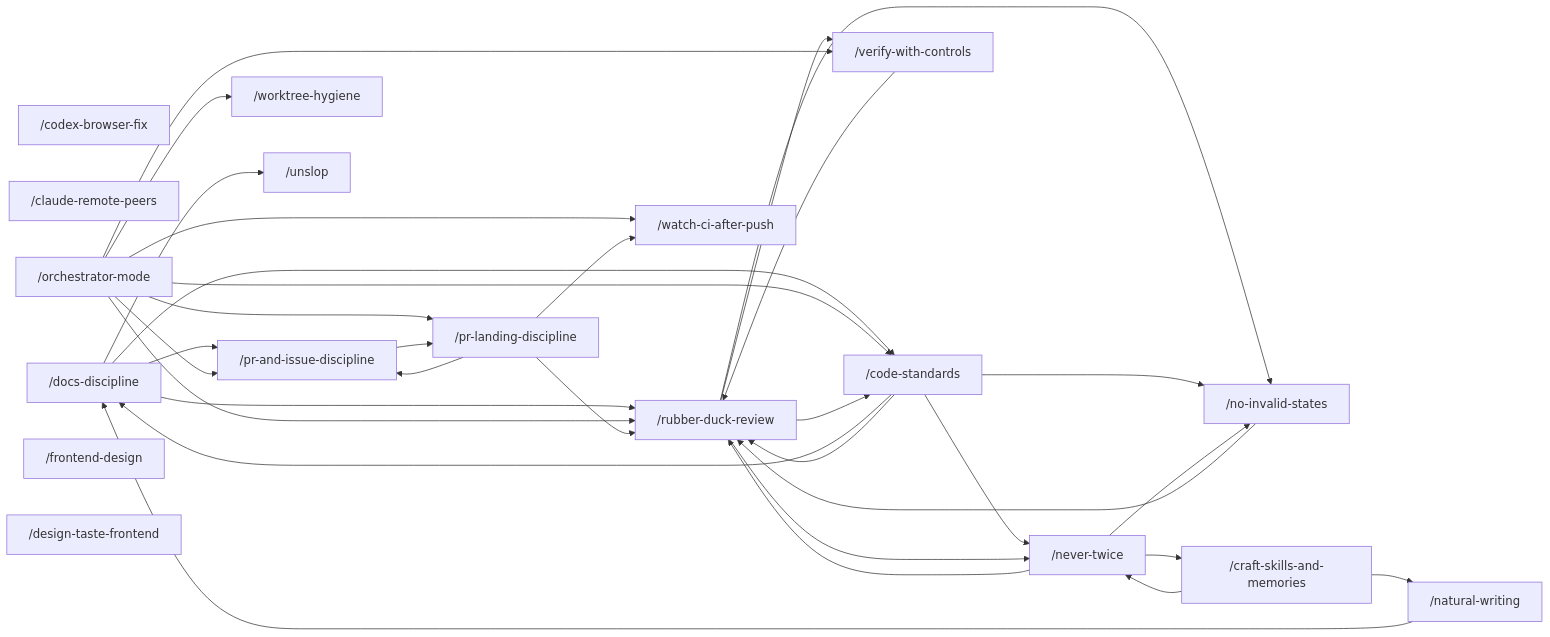
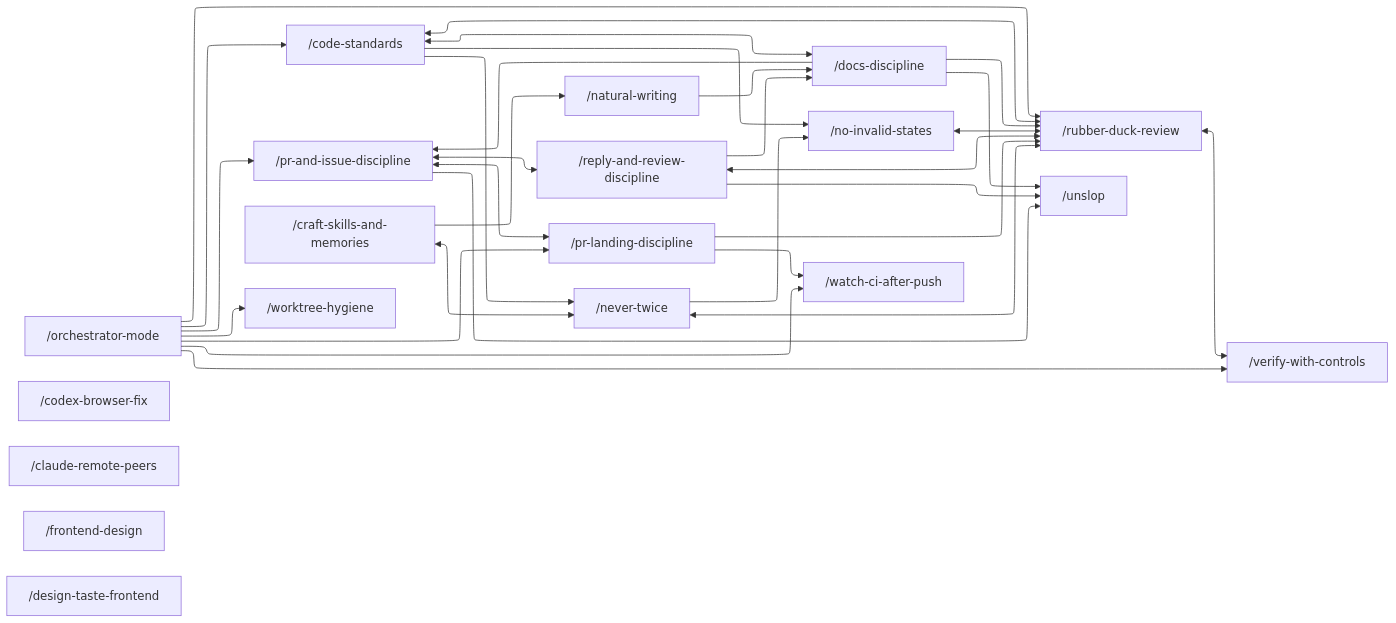
Before and after one commit to Vivswan/skills: the diagram in README.md, drawn with Mermaid. The commit also changed other lines of this file and 20 other files, not shown here.

Commit message:
fix(skills): split replies and reviews on someone else's thread into reply-and-review-discipline (#177)

````diff
--- a/README.md
+++ b/README.md
@@ -48,39 +49,79 @@
 ```mermaid
+---
+config:
+  layout: elk
+  elk:
+    nodePlacementStrategy: NETWORK_SIMPLEX
+---
 graph LR
+  dd["/docs-discipline"]
+  cs["/code-standards"]
+  nw["/natural-writing"]
+  om["/orchestrator-mode"]
+  pid["/pr-and-issue-discipline"]
+  rrd["/reply-and-review-discipline"]
+  rdr["/rubber-duck-review"]
+  pld["/pr-landing-discipline"]
+  nis["/no-invalid-states"]
+  nt["/never-twice"]
+  vwc["/verify-with-controls"]
+  csm["/craft-skills-and-memories"]
+  wca["/watch-ci-after-push"]
+  wh["/worktree-hygiene"]
+  us["/unslop"]
   cbf["/codex-browser-fix"]
   crp["/claude-remote-peers"]
-  dd["/docs-discipline"] --> rdr
+  fd["/frontend-design"]
+  dtf["/design-taste-frontend"]
+
+  cs <--> dd
+  cs <--> rdr
+  csm <--> nt
+  nis <--> rdr
+  nt <--> rdr
+  pid <--> pld
+  pid <--> rrd
+  rdr <--> rrd
+  rdr <--> vwc
+
+  dd --> rdr
   dd --> pid
-  dd --> cs
-  cs --> dd
   nw --> dd
-  om["/orchestrator-mode"] --> rdr["/rubber-duck-review"]
-  om --> wca["/watch-ci-after-push"]
-  om --> cs["/code-standards"]
-  om --> pid["/pr-and-issue-discipline"]
-  om --> pld["/pr-landing-discipline"]
-  om --> wh["/worktree-hygiene"]
-  pid --> pld
-  pld --> pid
+  om --> rdr
+  om --> wca
+  om --> cs
+  om --> pid
+  om --> pld
+  om --> wh
+  rrd --> dd
   pld --> wca
   pld --> rdr
-  cs --> rdr
   cs --> nt
-  rdr --> cs
-  rdr --> nis["/no-invalid-states"]
-  rdr --> nt
-  rdr --> vwc
-  nis --> rdr
   cs --> nis
-  nt["/never-twice"] --> rdr
   nt --> nis
-  nt --> csm
-  om --> vwc["/verify-with-controls"]
-  vwc --> rdr
-  csm["/craft-skills-and-memories"] --> nw["/natural-writing"]
-  us["/unslop"]
-  fd["/frontend-design"]
-  dtf["/design-taste-frontend"]
+  om --> vwc
+  csm --> nw
   dd --> us
-  csm --> nt
+  pid --> us
+  rrd --> us
+
+  click dd "./skills/docs-discipline/SKILL.md"
+  click cs "./skills/code-standards/SKILL.md"
+  click nw "./skills/natural-writing/SKILL.md"
+  click om "./skills/orchestrator-mode/SKILL.md"
+  click pid "./skills/pr-and-issue-discipline/SKILL.md"
+  click rrd "./skills/reply-and-review-discipline/SKILL.md"
+  click rdr "./skills/rubber-duck-review/SKILL.md"
+  click pld "./skills/pr-landing-discipline/SKILL.md"
+  click nis "./skills/no-invalid-states/SKILL.md"
+  click nt "./skills/never-twice/SKILL.md"
+  click vwc "./skills/verify-with-controls/SKILL.md"
+  click csm "./skills/craft-skills-and-memories/SKILL.md"
+  click wca "./skills/watch-ci-after-push/SKILL.md"
+  click wh "./skills/worktree-hygiene/SKILL.md"
+  click us "./xeno/unslop/SKILL.md"
+  click cbf "./skills/codex-browser-fix/SKILL.md"
+  click crp "./skills/claude-remote-peers/SKILL.md"
+  click fd "./xeno/frontend-design/SKILL.md"
+  click dtf "./xeno/design-taste-frontend/SKILL.md"
 ```
````
